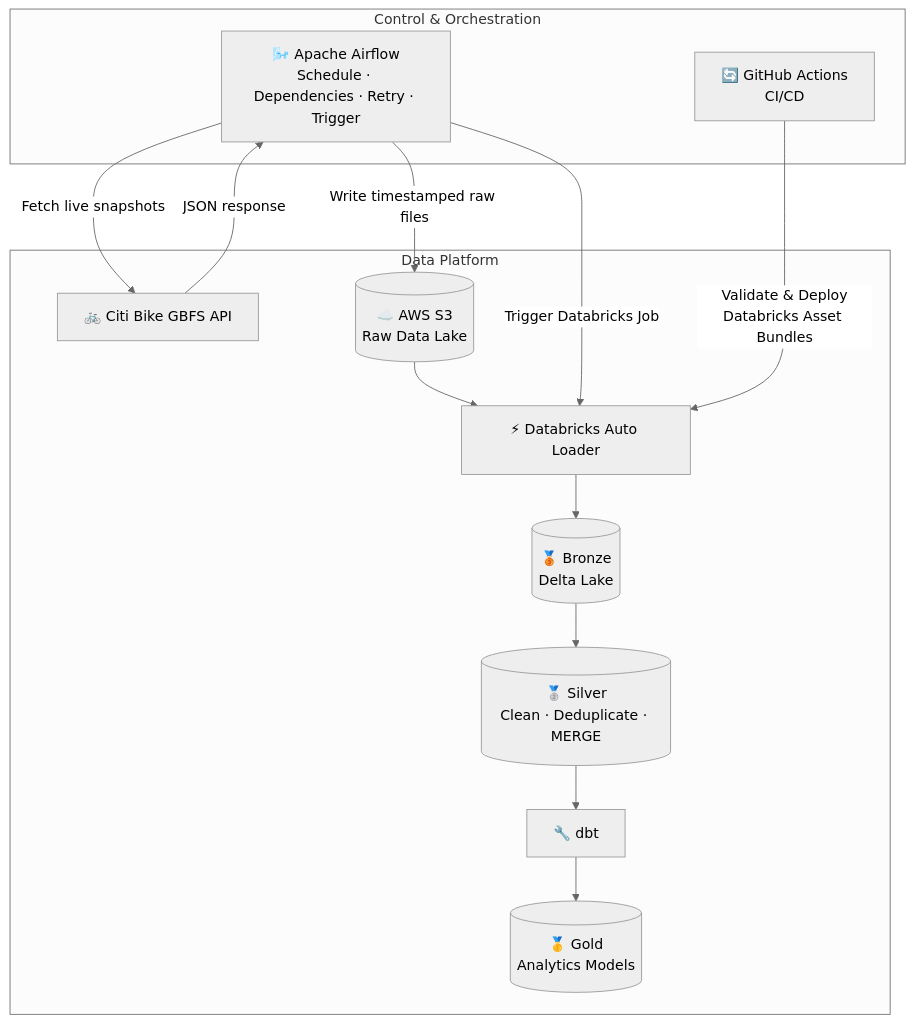
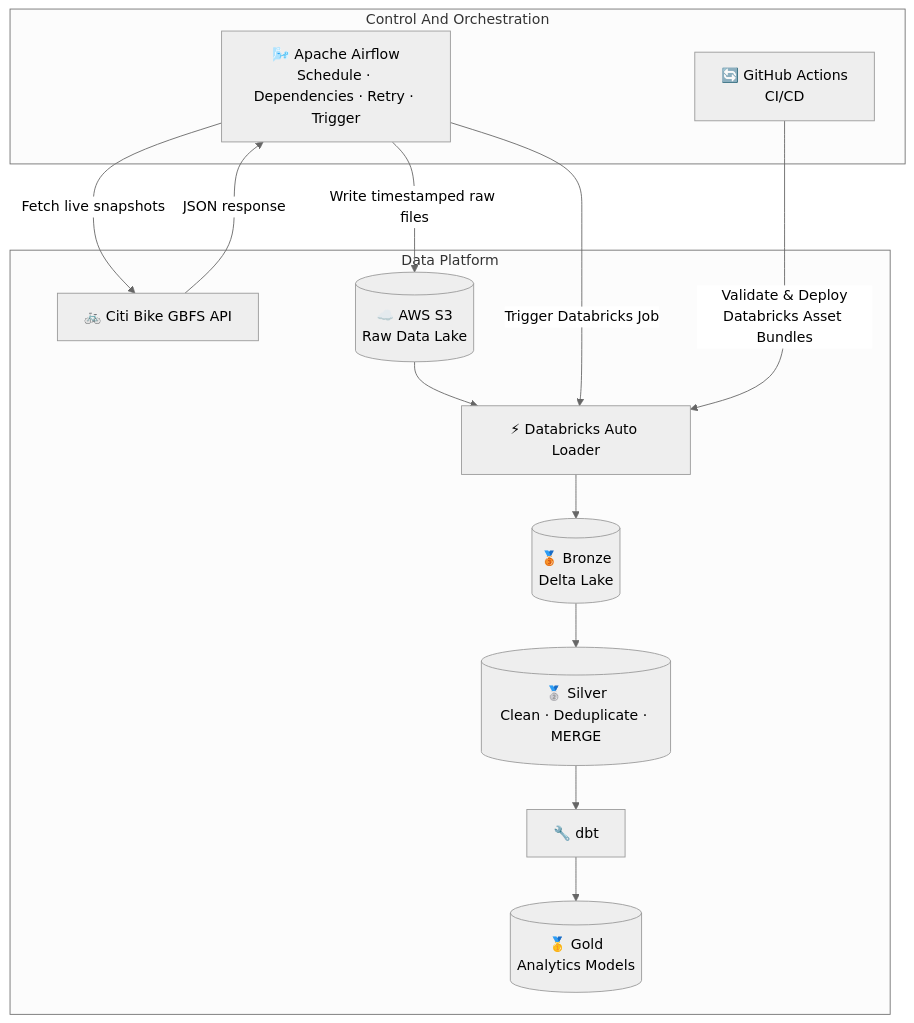
The first of 3 diagrams in README.md (Tom0809/citibike-data-platform), drawn with Mermaid (neutral theme) before and after one commit.

Commit message:
Update README with project details and architecture

````diff
--- a/README.md
+++ b/README.md
@@ -13,31 +13,31 @@
 ```mermaid
 flowchart TB
 
-    subgraph CONTROL["Control & Orchestration"]
+    subgraph CONTROL["Control And Orchestration"]
         AF["🌬️ Apache Airflow<br/>Schedule · Dependencies · Retry · Trigger"]
         CI["🔄 GitHub Actions<br/>CI/CD"]
     end
 
     subgraph DATA["Data Platform"]
         API["🚲 Citi Bike GBFS API"]
         S3[("☁️ AWS S3<br/>Raw Data Lake")]
         AL["⚡ Databricks Auto Loader"]
         B[("🥉 Bronze<br/>Delta Lake")]
         S[("🥈 Silver<br/>Clean · Deduplicate · MERGE")]
         DBT["🔧 dbt"]
         G[("🥇 Gold<br/>Analytics Models")]
     end
 
     AF -->|"Fetch live snapshots"| API
     API -->|"JSON response"| AF
     AF -->|"Write timestamped raw files"| S3
 
     S3 --> AL
     AL --> B
     B --> S
     S --> DBT
     DBT --> G
 
     AF -->|"Trigger Databricks Job"| AL
     CI -->|"Validate & Deploy<br/>Databricks Asset Bundles"| AL
 ```
````
